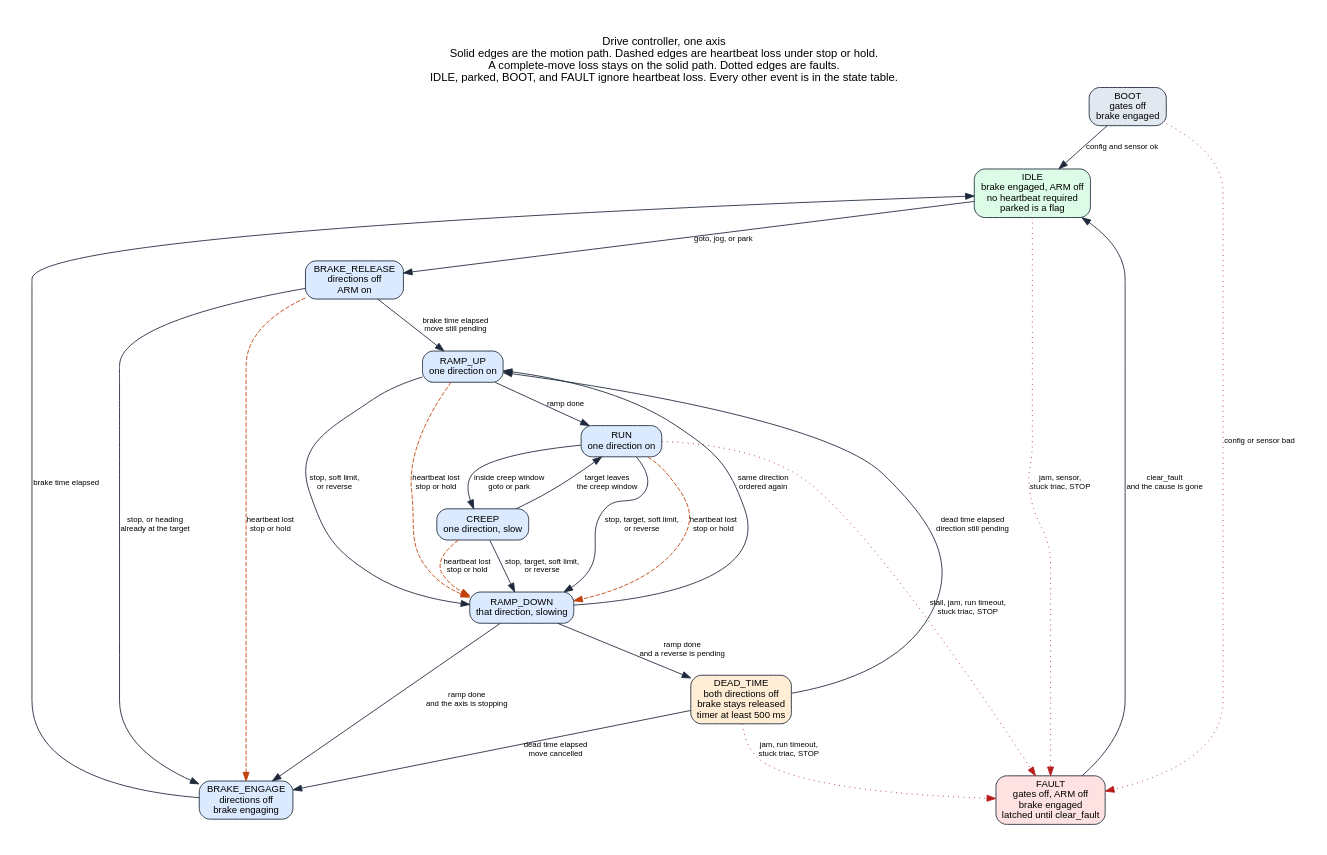
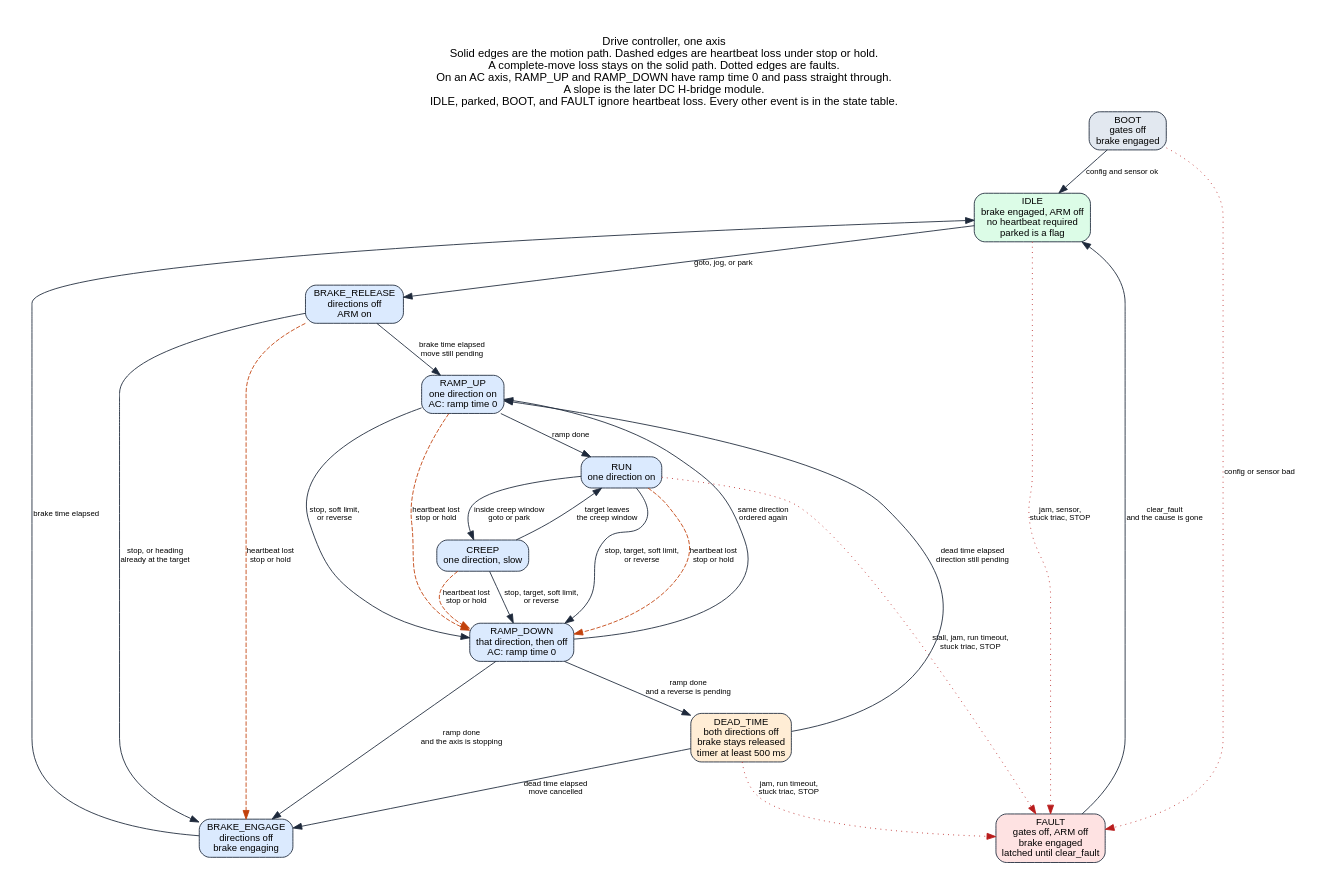
One commit to wa1hco/rotator_controller changed the diagram in docs/design/img/src/drive-controller-fsm.dot. Above: the diagram before and after it, drawn with Graphviz. The commit also changed 3 other files, not shown here.

```diff
--- a/docs/design/img/src/drive-controller-fsm.dot
+++ b/docs/design/img/src/drive-controller-fsm.dot
@@ -1,67 +1,67 @@
 digraph drive_fsm {
   graph [
-    label="Drive controller, one axis\nSolid edges are the motion path. Dashed edges are heartbeat loss under stop or hold.\nA complete-move loss stays on the solid path. Dotted edges are faults.\nIDLE, parked, BOOT, and FAULT ignore heartbeat loss. Every other event is in the state table."
+    label="Drive controller, one axis\nSolid edges are the motion path. Dashed edges are heartbeat loss under stop or hold.\nA complete-move loss stays on the solid path. Dotted edges are faults.\nOn an AC axis, RAMP_UP and RAMP_DOWN have ramp time 0 and pass straight through.\nA slope is the later DC H-bridge module.\nIDLE, parked, BOOT, and FAULT ignore heartbeat loss. Every other event is in the state table."
     labelloc=t
     fontsize=13
     fontname="Liberation Sans"
     rankdir=TB
     pad=0.4
     nodesep=0.45
     ranksep=0.55
     splines=true
     bgcolor="white"
   ];
   node [
     fontname="Liberation Sans"
     fontsize=11
     shape=box
     style="rounded,filled"
     color="#1e293b"
     fillcolor="#f8fafc"
   ];
   edge [fontname="Liberation Sans", fontsize=9, color="#1e293b"];
 
   boot [label="BOOT\ngates off\nbrake engaged", fillcolor="#e2e8f0"];
   idle [label="IDLE\nbrake engaged, ARM off\nno heartbeat required\nparked is a flag", fillcolor="#dcfce7"];
   rel  [label="BRAKE_RELEASE\ndirections off\nARM on", fillcolor="#dbeafe"];
-  up   [label="RAMP_UP\none direction on", fillcolor="#dbeafe"];
+  up   [label="RAMP_UP\none direction on\nAC: ramp time 0", fillcolor="#dbeafe"];
   run  [label="RUN\none direction on", fillcolor="#dbeafe"];
   creep [label="CREEP\none direction, slow", fillcolor="#dbeafe"];
-  down [label="RAMP_DOWN\nthat direction, slowing", fillcolor="#dbeafe"];
+  down [label="RAMP_DOWN\nthat direction, then off\nAC: ramp time 0", fillcolor="#dbeafe"];
   dead [label="DEAD_TIME\nboth directions off\nbrake stays released\ntimer at least 500 ms", fillcolor="#ffedd5"];
   eng  [label="BRAKE_ENGAGE\ndirections off\nbrake engaging", fillcolor="#dbeafe"];
   fault [label="FAULT\ngates off, ARM off\nbrake engaged\nlatched until clear_fault", fillcolor="#fee2e2"];
 
   boot -> idle [label="config and sensor ok"];
   boot -> fault [label="config or sensor bad", style=dotted, color="#b91c1c"];
 
   idle -> rel [label="goto, jog, or park"];
   rel -> up [label="brake time elapsed\nmove still pending"];
   rel -> eng [label="stop, or heading\nalready at the target"];
 
   up -> run [label="ramp done"];
   run -> creep [label="inside creep window\ngoto or park"];
   creep -> run [label="target leaves\nthe creep window"];
 
   up -> down [label="stop, soft limit,\nor reverse"];
   run -> down [label="stop, target, soft limit,\nor reverse"];
   creep -> down [label="stop, target, soft limit,\nor reverse"];
   down -> up [label="same direction\nordered again"];
 
   down -> dead [label="ramp done\nand a reverse is pending"];
   down -> eng [label="ramp done\nand the axis is stopping"];
   dead -> up [label="dead time elapsed\ndirection still pending"];
   dead -> eng [label="dead time elapsed\nmove cancelled"];
   eng -> idle [label="brake time elapsed"];
 
   fault -> idle [label="clear_fault\nand the cause is gone"];
 
   rel -> eng [label="heartbeat lost\nstop or hold", style=dashed, color="#c2410c"];
   up -> down [label="heartbeat lost\nstop or hold", style=dashed, color="#c2410c"];
   run -> down [label="heartbeat lost\nstop or hold", style=dashed, color="#c2410c"];
   creep -> down [label="heartbeat lost\nstop or hold", style=dashed, color="#c2410c"];
 
   idle -> fault [label="jam, sensor,\nstuck triac, STOP", style=dotted, color="#b91c1c"];
   run -> fault [label="stall, jam, run timeout,\nstuck triac, STOP", style=dotted, color="#b91c1c"];
   dead -> fault [label="jam, run timeout,\nstuck triac, STOP", style=dotted, color="#b91c1c"];
 }
```
